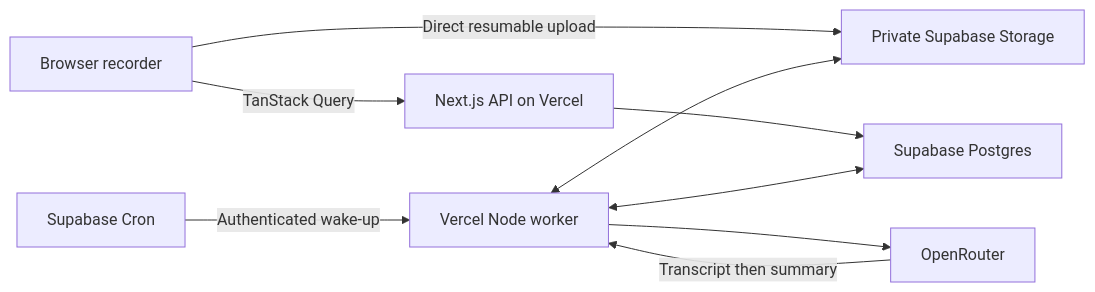
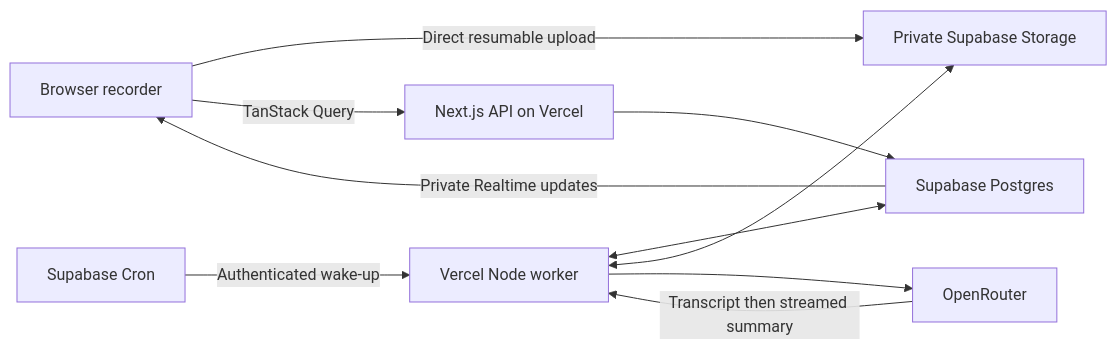
Before and after one commit to justus-lumin/SaaSathon-tutorial: the diagram in docs/architecture.md, drawn with Mermaid. The commit also changed other lines of this file and 9 other files, not shown here.

````diff
--- a/docs/architecture.md
+++ b/docs/architecture.md
@@ -9,11 +9,12 @@
 ```mermaid
 flowchart LR
   B[Browser recorder] -->|Direct resumable upload| S[Private Supabase Storage]
   B -->|TanStack Query| N[Next.js API on Vercel]
   N --> D[Supabase Postgres]
   C[Supabase Cron] -->|Authenticated wake-up| W[Vercel Node worker]
   W <--> D
   W <--> S
   W --> O[OpenRouter]
-  O -->|Transcript then summary| W
+  O -->|Transcript then streamed summary| W
+  D -->|Private Realtime updates| B
 ```
````
